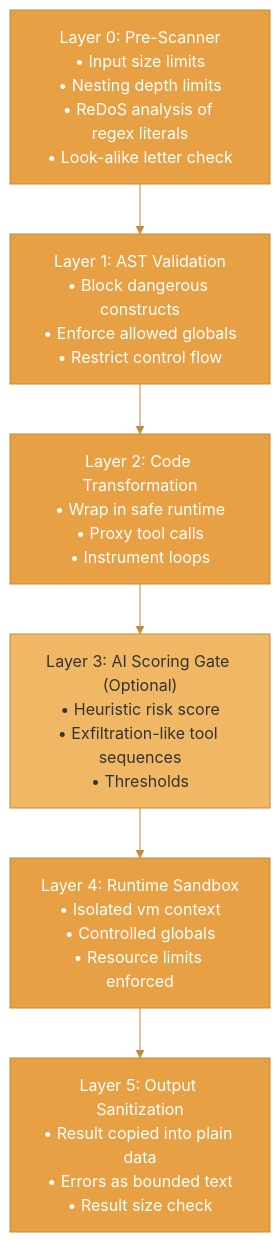
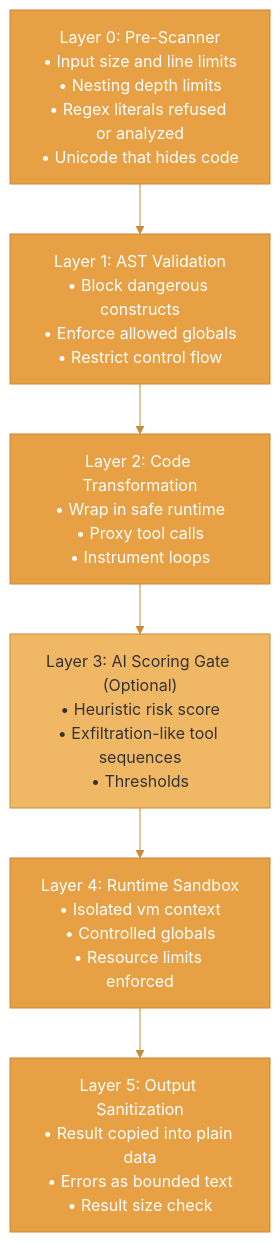
Before and after one commit to agentfront/enclave: the diagram in docs/enclave/concepts/security-model.mdx, drawn with Mermaid. The commit also changed other lines of this file and 22 other files, not shown here.

First line of the commit message:
fix(core, browser, ast): the pre-scanner follows the AST preset

````diff
--- a/docs/enclave/concepts/security-model.mdx
+++ b/docs/enclave/concepts/security-model.mdx
@@ -10,19 +10,19 @@
 ```mermaid
 %%{init: {'theme': 'base', 'themeVariables': { 'primaryColor': '#e8a045', 'primaryTextColor': '#fff', 'primaryBorderColor': '#c78935', 'lineColor': '#c78935', 'secondaryColor': '#f0b865', 'tertiaryColor': '#fff5e6'}}}%%
 flowchart TD
-    L0["Layer 0: Pre-Scanner<br/>• Input size limits<br/>• Nesting depth limits<br/>• ReDoS analysis of regex literals<br/>• Look-alike letter check"]
+    L0["Layer 0: Pre-Scanner<br/>• Input size and line limits<br/>• Nesting depth limits<br/>• Regex literals refused or analyzed<br/>• Unicode that hides code"]
     L1["Layer 1: AST Validation<br/>• Block dangerous constructs<br/>• Enforce allowed globals<br/>• Restrict control flow"]
     L2["Layer 2: Code Transformation<br/>• Wrap in safe runtime<br/>• Proxy tool calls<br/>• Instrument loops"]
     L3["Layer 3: AI Scoring Gate (Optional)<br/>• Heuristic risk score<br/>• Exfiltration-like tool sequences<br/>• Thresholds"]
     L4["Layer 4: Runtime Sandbox<br/>• Isolated vm context<br/>• Controlled globals<br/>• Resource limits enforced"]
     L5["Layer 5: Output Sanitization<br/>• Result copied into plain data<br/>• Errors as bounded text<br/>• Result size check"]
 
     L0 --> L1 --> L2 --> L3 --> L4 --> L5
 
     style L0 fill:#e8a045,stroke:#c78935,color:#fff
     style L1 fill:#e8a045,stroke:#c78935,color:#fff
     style L2 fill:#e8a045,stroke:#c78935,color:#fff
     style L3 fill:#f0b865,stroke:#c78935,color:#333
     style L4 fill:#e8a045,stroke:#c78935,color:#fff
     style L5 fill:#e8a045,stroke:#c78935,color:#fff
 ```
````
